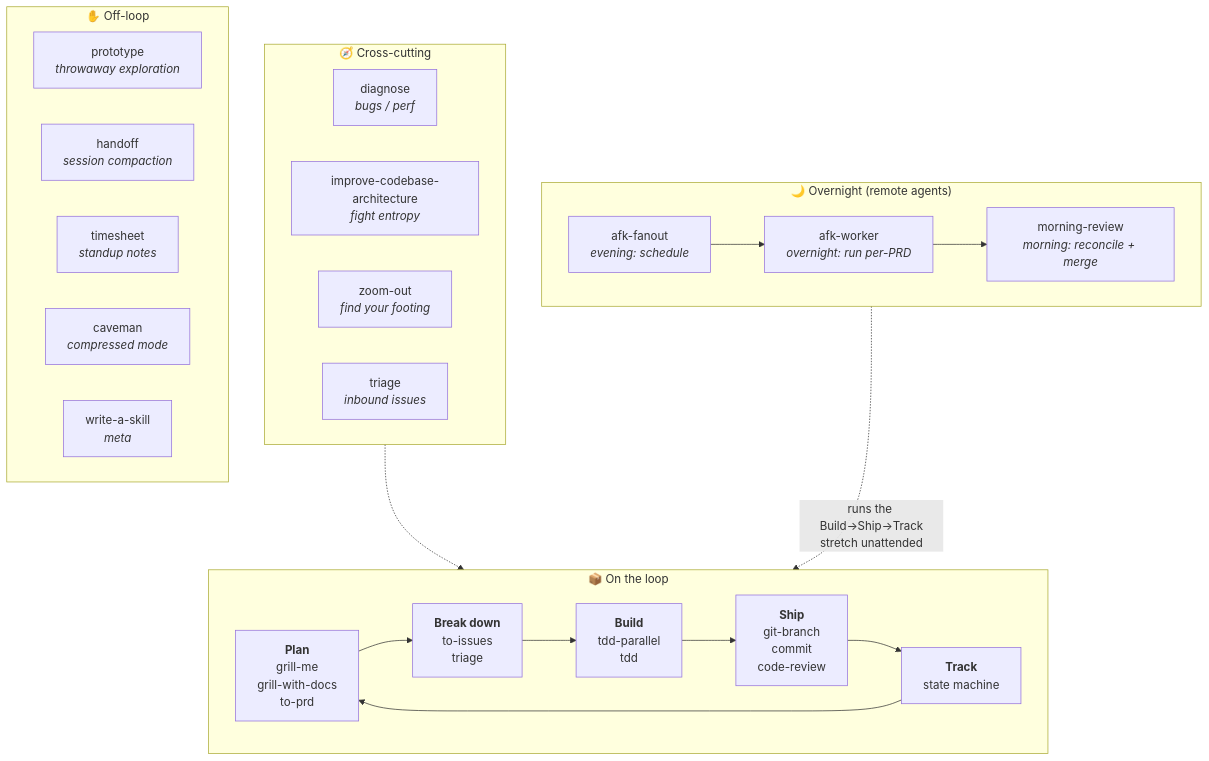
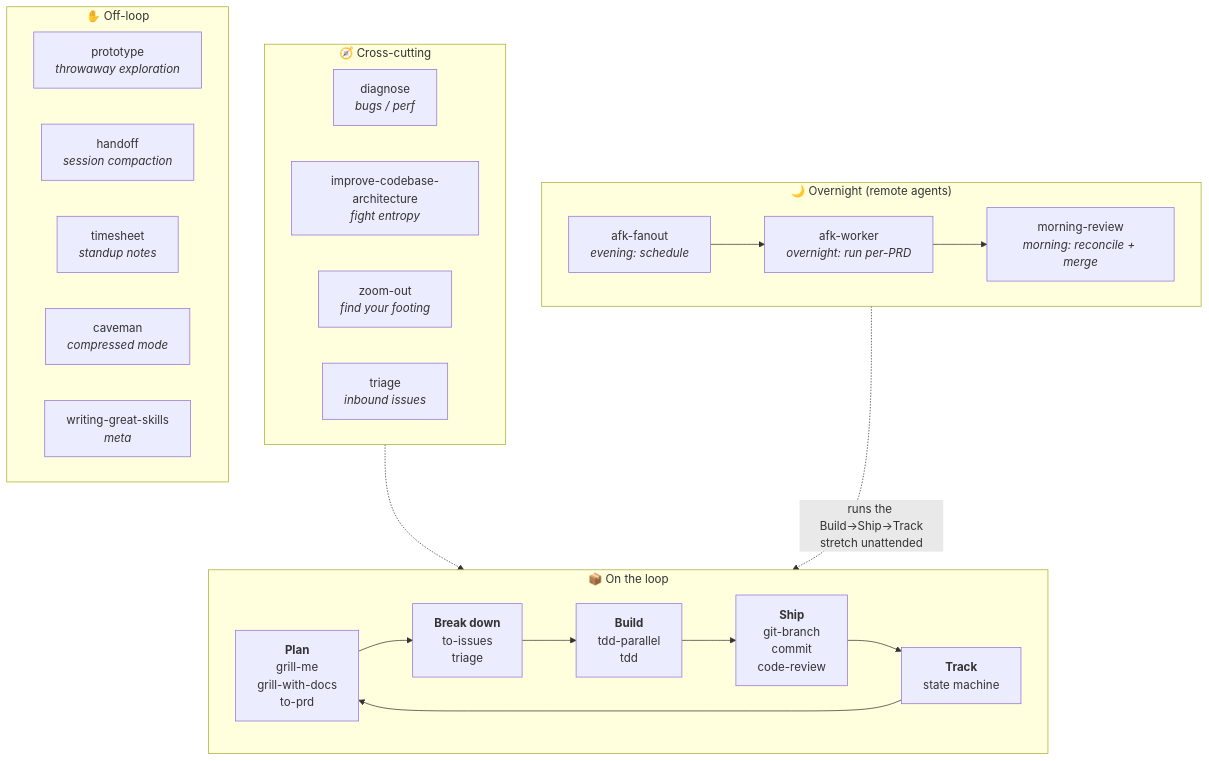
The second of 9 diagrams in docs/workflow.md (ZunoSmartLabs/zsl-superpowers), drawn with Mermaid before and after one commit. The commit also changed other lines of this file and 16 other files, not shown here.

First line of the commit message:
feat(writing-great-skills): replace write-a-skill, relocate the description-length gate (#13)

````diff
--- a/docs/workflow.md
+++ b/docs/workflow.md
@@ -44,33 +44,33 @@
 ```mermaid
 flowchart TB
     subgraph loop["📦 On the loop"]
         direction LR
         a["`**Plan**<br/>grill-me<br/>grill-with-docs<br/>to-prd`"] --> b["`**Break down**<br/>to-issues<br/>triage`"]
         b --> c["`**Build**<br/>tdd-parallel<br/>tdd`"]
         c --> d["`**Ship**<br/>git-branch<br/>commit<br/>code-review`"]
         d --> e["`**Track**<br/>state machine`"]
         e --> a
     end
     subgraph cross["🧭 Cross-cutting"]
         direction LR
         x1["diagnose<br/><i>bugs / perf</i>"]
         x2["improve-codebase-architecture<br/><i>fight entropy</i>"]
         x3["zoom-out<br/><i>find your footing</i>"]
         x4["triage<br/><i>inbound issues</i>"]
     end
     subgraph overnight["🌙 Overnight (remote agents)"]
         direction LR
         n1["afk-fanout<br/><i>evening: schedule</i>"] --> n2["afk-worker<br/><i>overnight: run per-PRD</i>"]
         n2 --> n3["morning-review<br/><i>morning: reconcile + merge</i>"]
     end
     subgraph offloop["✋ Off-loop"]
         direction LR
         o1["prototype<br/><i>throwaway exploration</i>"]
         o2["handoff<br/><i>session compaction</i>"]
         o3["timesheet<br/><i>standup notes</i>"]
         o4["caveman<br/><i>compressed mode</i>"]
-        o5["write-a-skill<br/><i>meta</i>"]
+        o5["writing-great-skills<br/><i>meta</i>"]
     end
     cross -.-> loop
     overnight -.->|"runs the Build→Ship→Track<br/>stretch unattended"| loop
 ```
````
